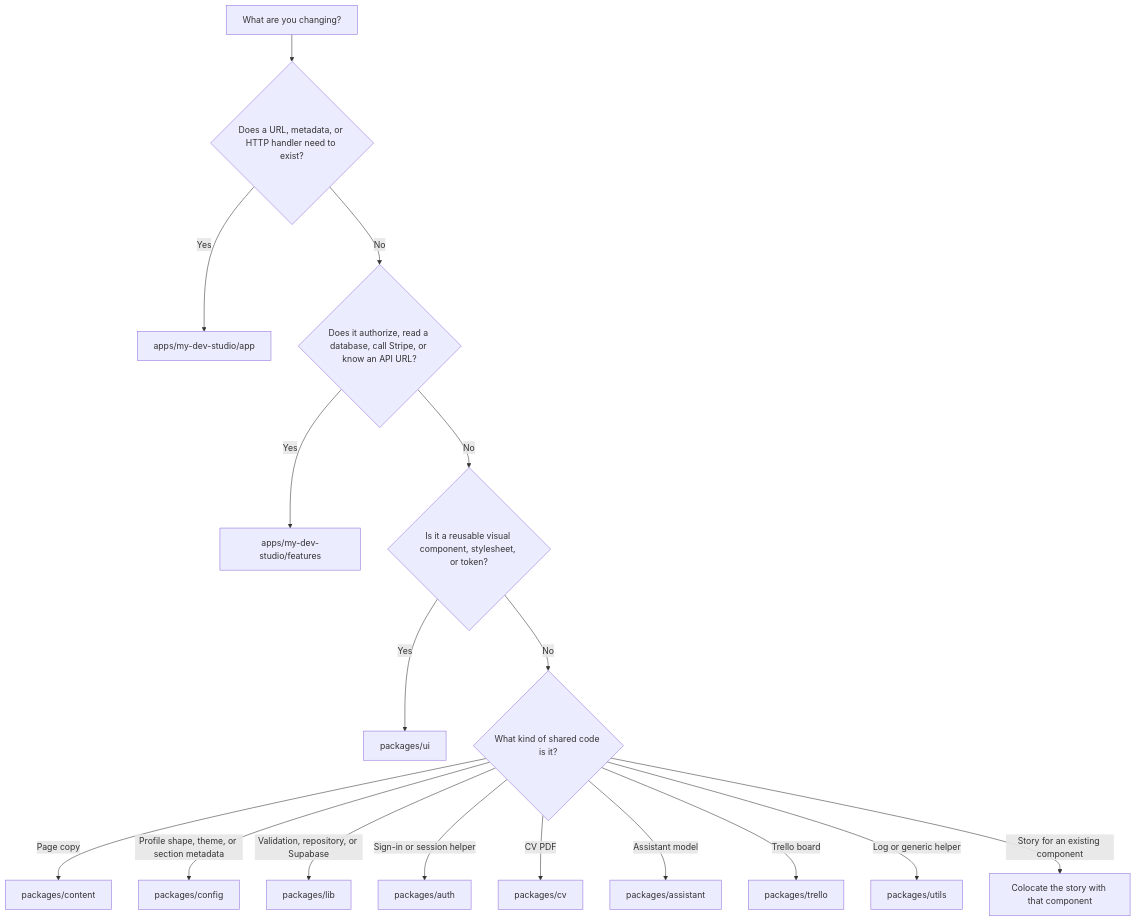
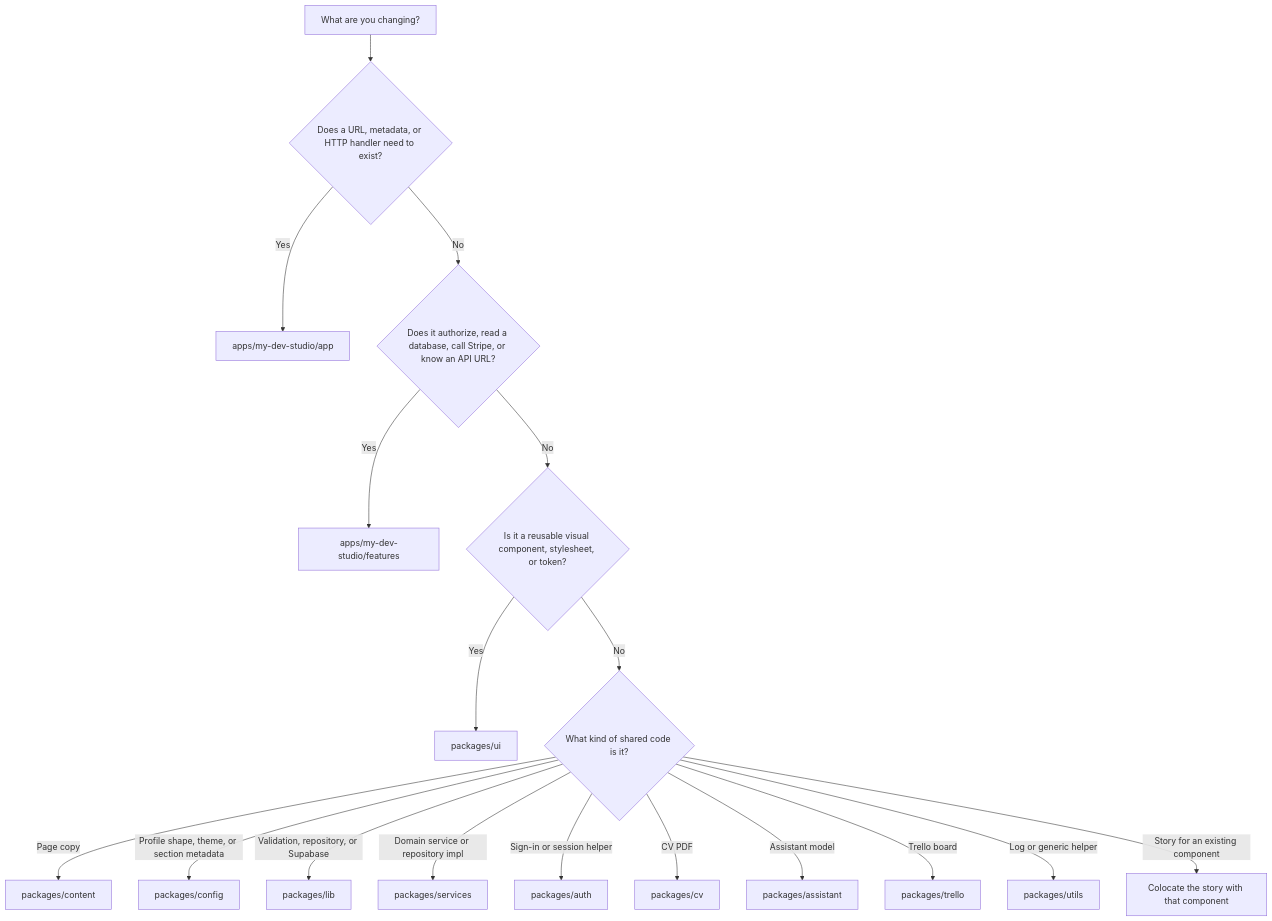
Before and after one commit to yusufyilmz/devhub-showcase: the first of 2 diagrams in AGENTS.md, drawn with Mermaid. The commit also changed other lines of this file and 322 other files, not shown here.

````diff
--- a/AGENTS.md
+++ b/AGENTS.md
@@ -51,20 +69,21 @@
 ```mermaid
 flowchart TD
   start[What are you changing?]
   start --> route{Does a URL, metadata, or HTTP handler need to exist?}
   route -->|Yes| app["apps/my-dev-studio/app"]
   route -->|No| access{Does it authorize, read a database, call Stripe, or know an API URL?}
   access -->|Yes| feature["apps/my-dev-studio/features"]
   access -->|No| visual{Is it a reusable visual component, stylesheet, or token?}
   visual -->|Yes| ui["packages/ui"]
   visual -->|No| kind{What kind of shared code is it?}
   kind -->|Page copy| contentPkg["packages/content"]
   kind -->|Profile shape, theme, or section metadata| config["packages/config"]
   kind -->|Validation, repository, or Supabase| lib["packages/lib"]
+  kind -->|Domain service or repository impl| servicesPkg["packages/services"]
   kind -->|Sign-in or session helper| auth["packages/auth"]
   kind -->|CV PDF| cv["packages/cv"]
   kind -->|Assistant model| assistant["packages/assistant"]
   kind -->|Trello board| trello["packages/trello"]
   kind -->|Log or generic helper| utils["packages/utils"]
   kind -->|Story for an existing component| story["Colocate the story with that component"]
 ```
````
